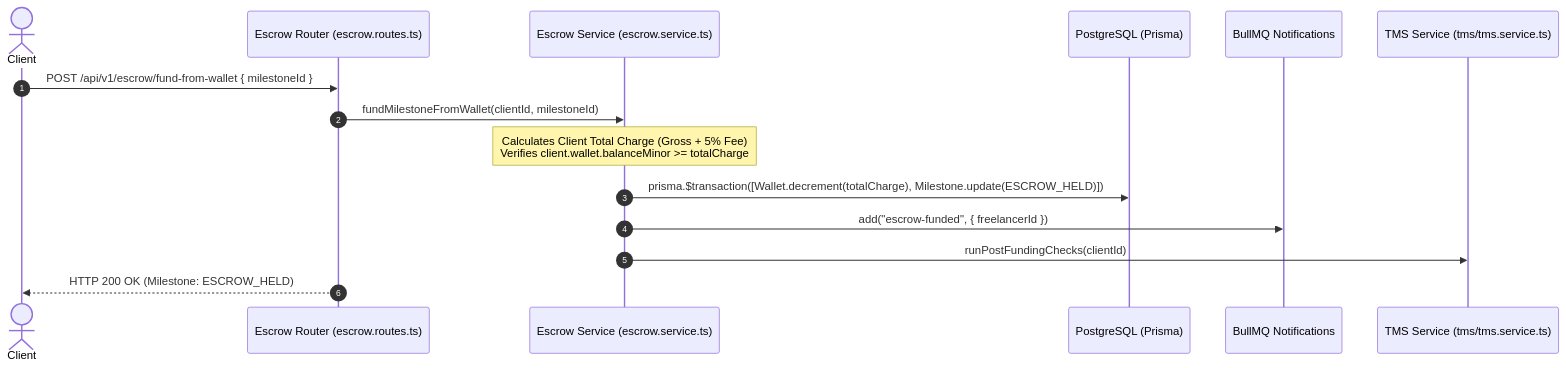
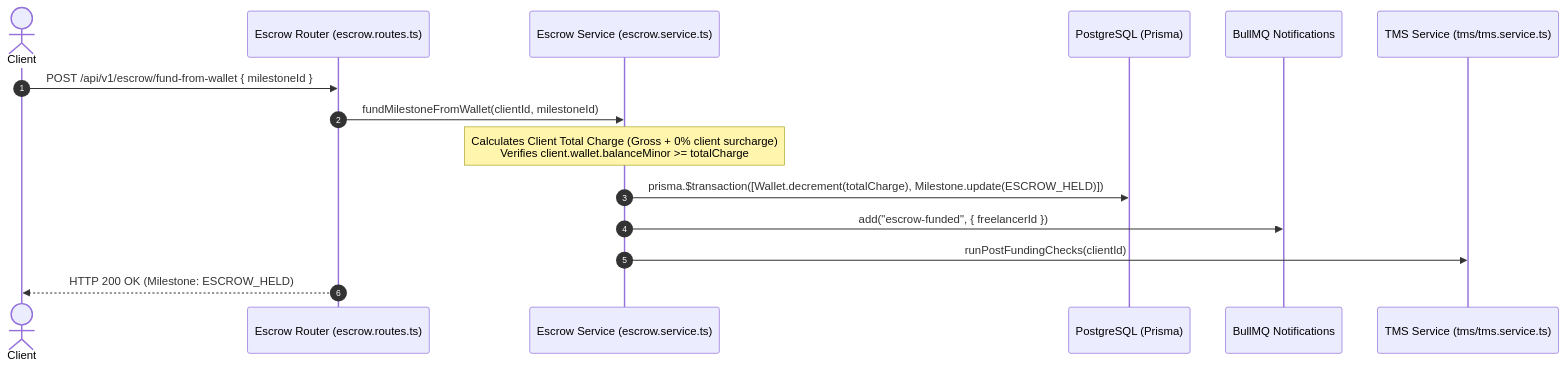
Diagram 13 of 24 in docs/SYSTEM_DESIGN.md (yonasmindaye04-sketch/Yekis), drawn with Mermaid before and after one commit. The commit also changed other lines of this file and 43 other files, not shown here.

````diff
--- a/docs/SYSTEM_DESIGN.md
+++ b/docs/SYSTEM_DESIGN.md
@@ -983,18 +981,18 @@
 ```mermaid
 sequenceDiagram
     autonumber
     actor Client
     participant API as Escrow Router (escrow.routes.ts)
     participant Service as Escrow Service (escrow.service.ts)
     participant DB as PostgreSQL (Prisma)
     participant Queue as BullMQ Notifications
     participant TMS as TMS Service (tms/tms.service.ts)
 
     Client->>API: POST /api/v1/escrow/fund-from-wallet { milestoneId }
     API->>Service: fundMilestoneFromWallet(clientId, milestoneId)
-    Note over Service: Calculates Client Total Charge (Gross + 5% Fee)<br/>Verifies client.wallet.balanceMinor >= totalCharge
+    Note over Service: Calculates Client Total Charge (Gross + 0% client surcharge)<br/>Verifies client.wallet.balanceMinor >= totalCharge
     Service->>DB: prisma.$transaction([Wallet.decrement(totalCharge), Milestone.update(ESCROW_HELD)])
     Service->>Queue: add("escrow-funded", { freelancerId })
     Service->>TMS: runPostFundingChecks(clientId)
     API-->>Client: HTTP 200 OK (Milestone: ESCROW_HELD)
 ```
````
